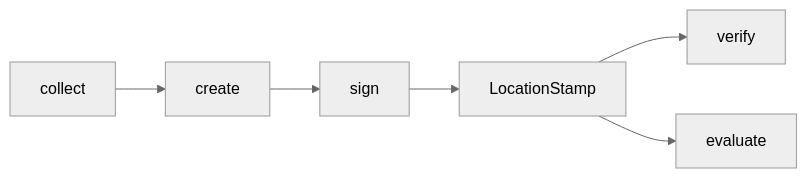
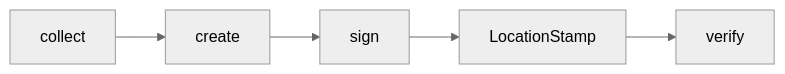
Before and after one commit to AstralProtocol/mintlify-docs: the diagram in concepts/plugins.mdx, drawn with Mermaid (neutral theme). The commit also changed other lines of this file and 8 other files, not shown here.

````diff
--- a/concepts/plugins.mdx
+++ b/concepts/plugins.mdx
@@ -36,6 +35,5 @@
 ```mermaid
 graph LR
     A[collect] --> B[create] --> C[sign] --> D["LocationStamp"]
     D --> E[verify]
-    D --> F[evaluate]
 ```
````
